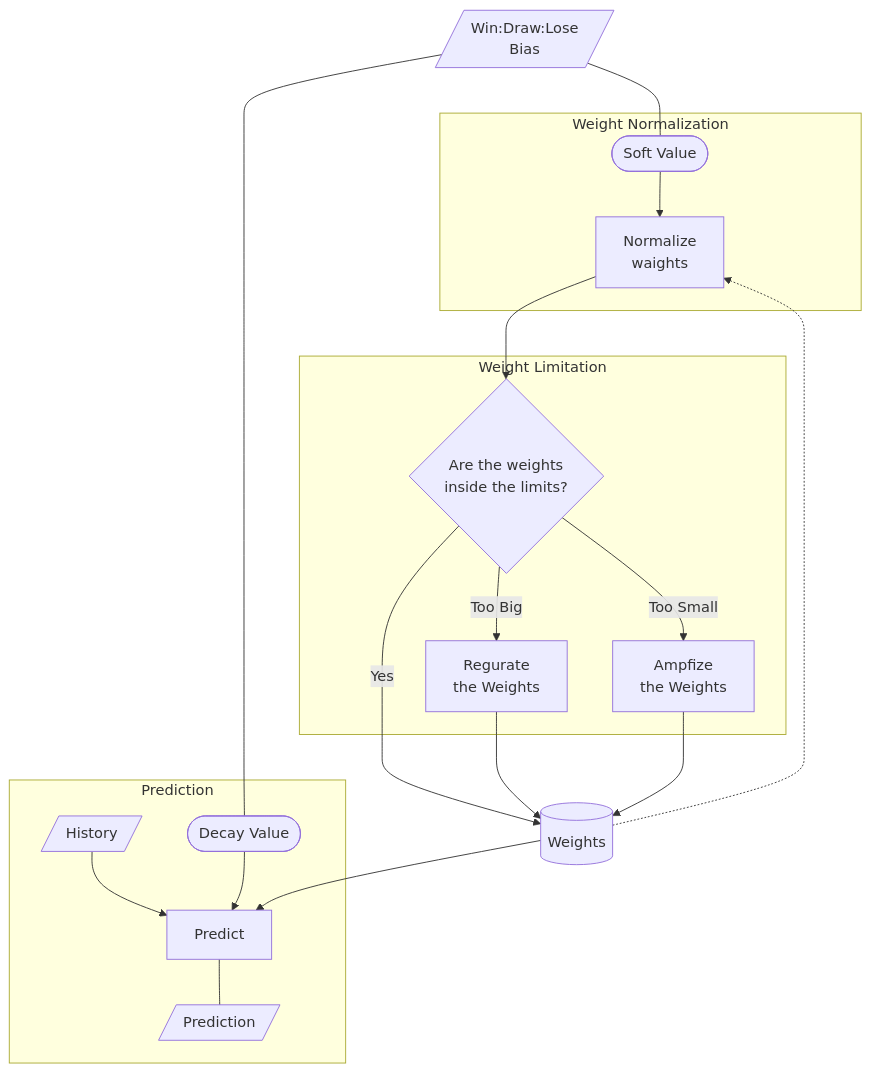
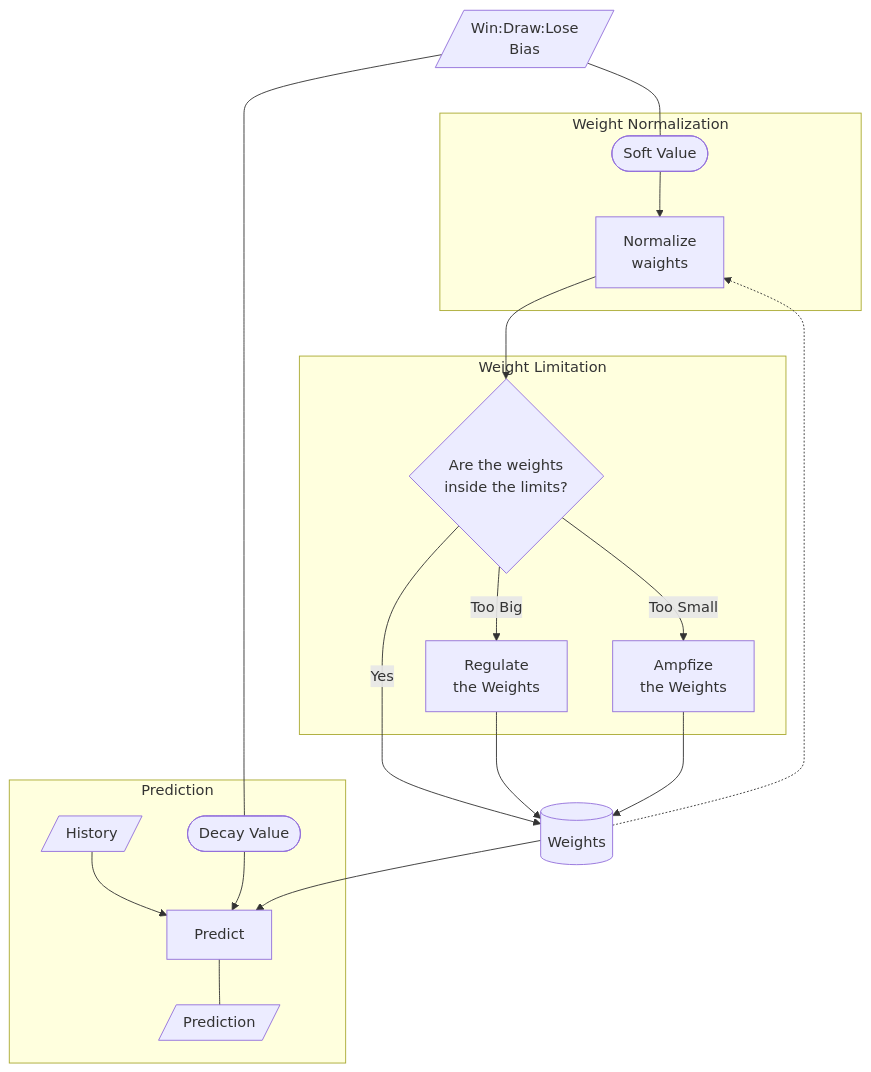
One commit to Ryuji-Hazama/AI_RSP_Game changed the fourth of 5 diagrams in RSP_AI_Project.md. Above: the diagram before and after it, drawn with Mermaid.

Commit message:
Update RSP_AI_Project.md OL

````diff
--- a/RSP_AI_Project.md
+++ b/RSP_AI_Project.md
@@ -162,34 +162,34 @@
 ```mermaid
 graph TD;
 
 Bias[/"Win:Draw:Lose
     Bias"/]
 We[("Weights")]
 
   subgraph Lim["Weight Limitation"];
     C{"Are the weights
-    inside the limits?"} -->|Too Big|R["Regurate
+    inside the limits?"} -->|Too Big|R["Regulate
     the Weights"];
     C -->|Too Small|A["Ampfize
     the Weights"];
   end
   subgraph Nor["Weight Normalization"];
     Sv(["Soft Value"]) --> N["Normalize
     waights"];
   end
   subgraph Pre["Prediction"];
     His[/"History"/] --> P1["Predict"];
     Dv(["Decay Value"]) --> P1;
     P1 --- iP[/"Prediction"/];
   end
   We --> P1;
   Bias --- Dv;
 
   Bias --- Sv;
   We -.-> N;
 
   N --> C
   C -->|Yes|We;
   R --> We;
   A --> We;
 ```
````
